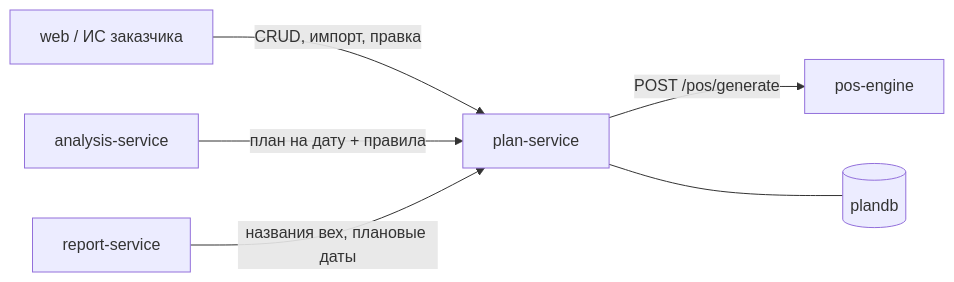
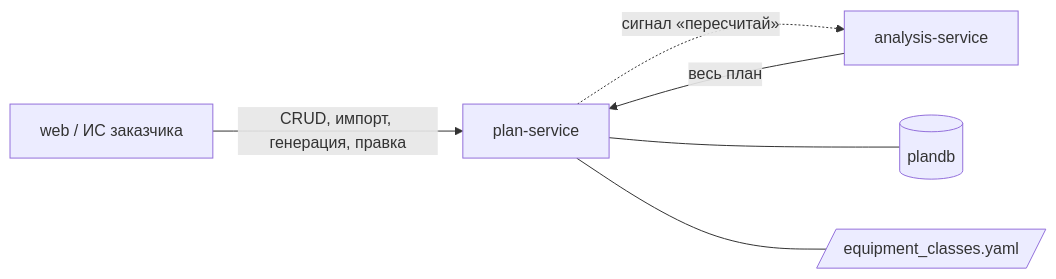
Before and after one commit to cerXXXX/ConstructionSupervision: the diagram in services/plan-service/README.md, drawn with Mermaid. The commit also changed other lines of this file and 45 other files, not shown here.

````diff
--- a/services/plan-service/README.md
+++ b/services/plan-service/README.md
@@ -14,8 +14,8 @@
 ```mermaid
 flowchart LR
-    WEB["web / ИС заказчика"] -->|CRUD, импорт, правка| PLAN
-    PLAN["plan-service"] -->|"POST /pos/generate"| POS["pos-engine"]
-    ANL["analysis-service"] -->|"план на дату + правила"| PLAN
-    REP["report-service"] -->|"названия вех, плановые даты"| PLAN
+    WEB["web / ИС заказчика"] -->|"CRUD, импорт, генерация, правка"| PLAN
+    ANL["analysis-service"] -->|"весь план"| PLAN
+    PLAN["plan-service"] -.->|"сигнал «пересчитай»"| ANL
     PLAN --- DB[("plandb")]
+    PLAN --- CL[/"equipment_classes.yaml"/]
 ```
````
